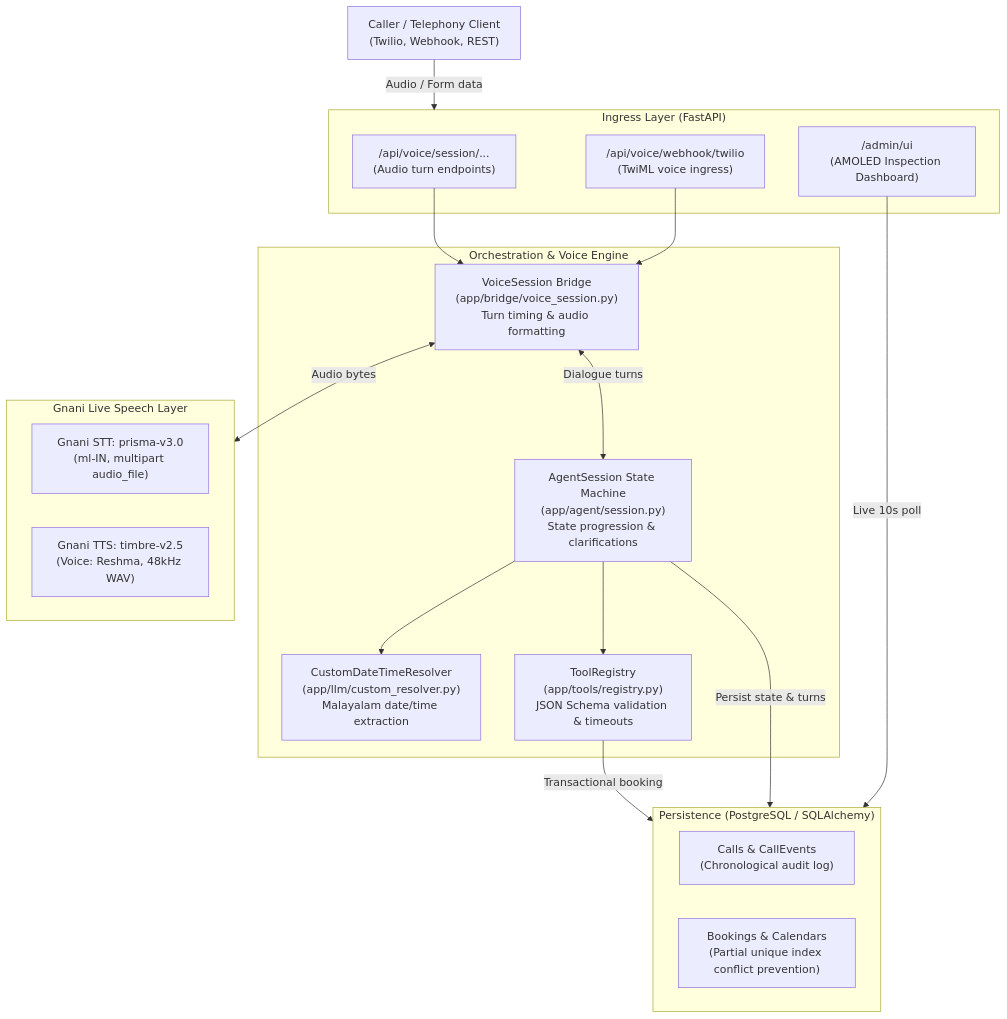
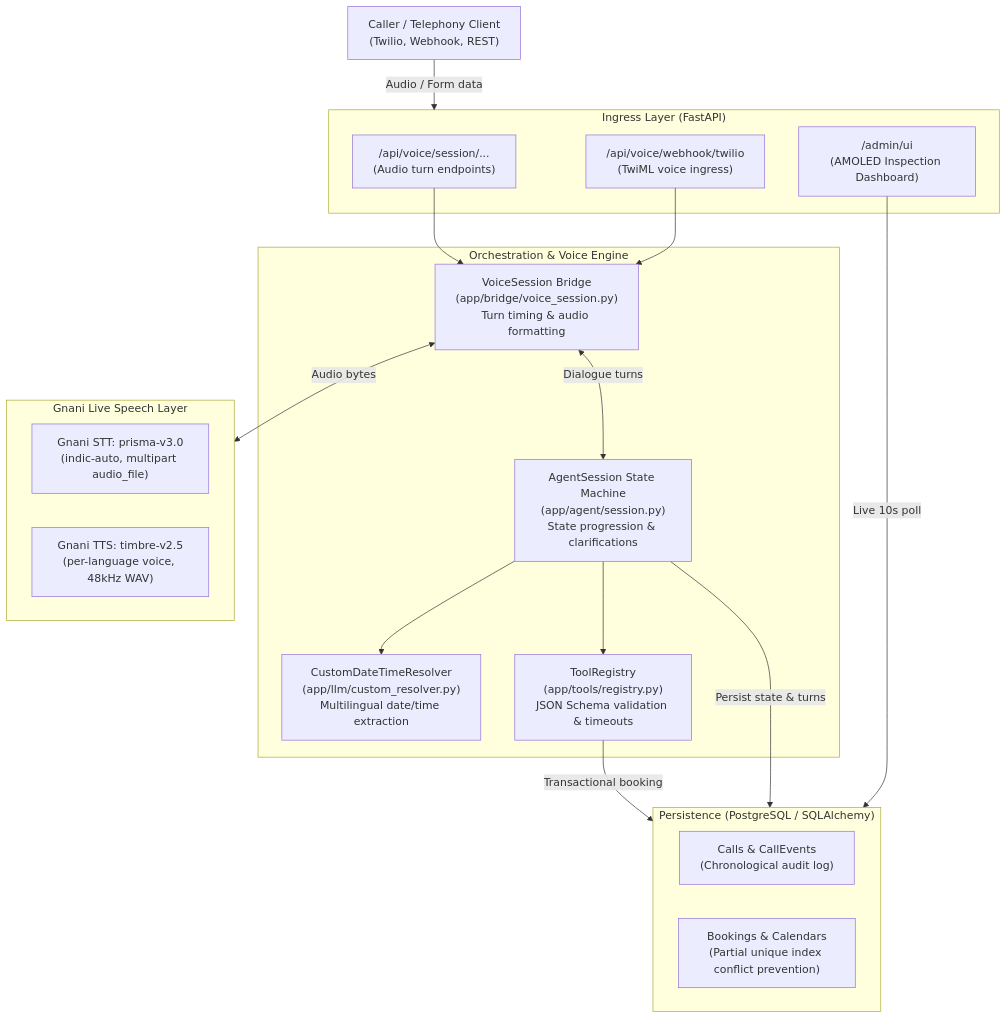
The diagram in README.md (evinbrijesh/kelviAI), drawn with Mermaid before and after one commit. The commit also changed other lines of this file and 22 other files, not shown here.

First line of the commit message:
feat: support multilingual callers and reply in their language

````diff
--- a/README.md
+++ b/README.md
@@ -11,38 +11,38 @@
 ```mermaid
 flowchart TD
     Caller["Caller / Telephony Client\n(Twilio, Webhook, REST)"]
     
     subgraph Ingress ["Ingress Layer (FastAPI)"]
         VoiceAPI["/api/voice/session/...\n(Audio turn endpoints)"]
         TwilioWebhook["/api/voice/webhook/twilio\n(TwiML voice ingress)"]
         AdminUI["/admin/ui\n(AMOLED Inspection Dashboard)"]
     end
     
     subgraph Engine ["Orchestration & Voice Engine"]
         VoiceSession["VoiceSession Bridge\n(app/bridge/voice_session.py)\nTurn timing & audio formatting"]
         AgentSession["AgentSession State Machine\n(app/agent/session.py)\nState progression & clarifications"]
-        Resolver["CustomDateTimeResolver\n(app/llm/custom_resolver.py)\nMalayalam date/time extraction"]
+        Resolver["CustomDateTimeResolver\n(app/llm/custom_resolver.py)\nMultilingual date/time extraction"]
         Registry["ToolRegistry\n(app/tools/registry.py)\nJSON Schema validation & timeouts"]
     end
     
     subgraph SpeechLayer ["Gnani Live Speech Layer"]
-        STT["Gnani STT: prisma-v3.0\n(ml-IN, multipart audio_file)"]
-        TTS["Gnani TTS: timbre-v2.5\n(Voice: Reshma, 48kHz WAV)"]
+        STT["Gnani STT: prisma-v3.0\n(indic-auto, multipart audio_file)"]
+        TTS["Gnani TTS: timbre-v2.5\n(per-language voice, 48kHz WAV)"]
     end
     
     subgraph Storage ["Persistence (PostgreSQL / SQLAlchemy)"]
         DBCalls["Calls & CallEvents\n(Chronological audit log)"]
         DBBookings["Bookings & Calendars\n(Partial unique index conflict prevention)"]
     end
     
     Caller -->|Audio / Form data| Ingress
     VoiceAPI --> VoiceSession
     TwilioWebhook --> VoiceSession
     VoiceSession <-->|Audio bytes| SpeechLayer
     VoiceSession <-->|Dialogue turns| AgentSession
     AgentSession --> Resolver
     AgentSession --> Registry
     Registry -->|Transactional booking| Storage
     AgentSession -->|Persist state & turns| Storage
     AdminUI -->|Live 10s poll| Storage
 ```
````
